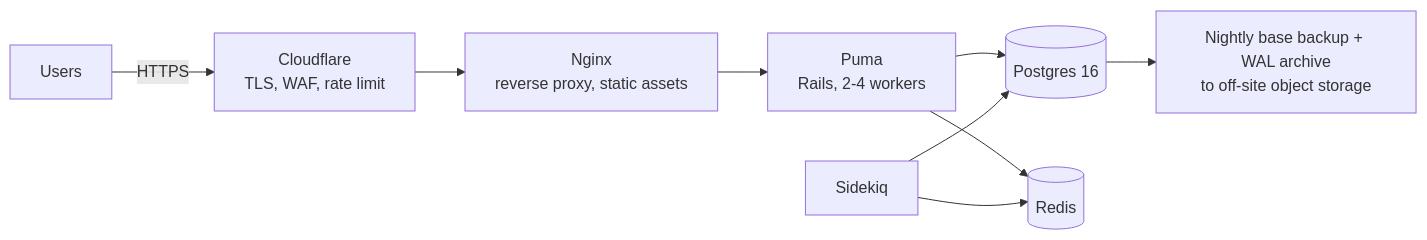
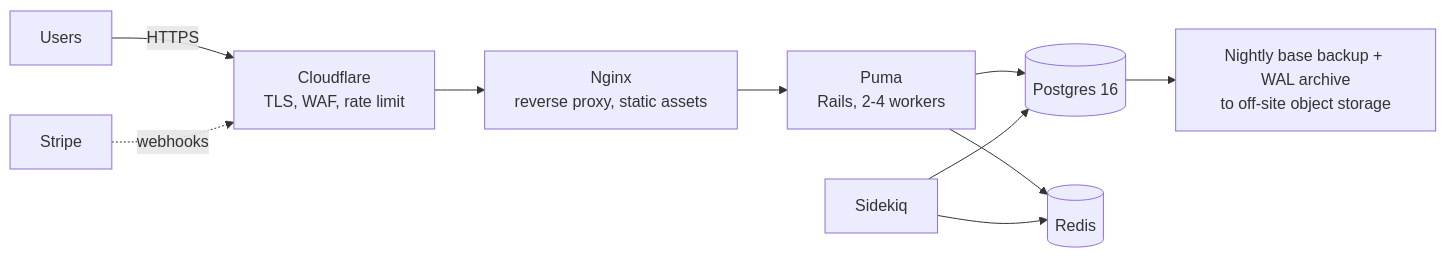
Before and after one commit to Zogoo/salon_crm: the second of 2 diagrams in docs/04-system-architecture.md, drawn with Mermaid. The commit also changed other lines of this file and 8 other files, not shown here.

````diff
--- a/docs/04-system-architecture.md
+++ b/docs/04-system-architecture.md
@@ -356,11 +584,12 @@
 ```mermaid
 graph LR
     U[Users] -->|HTTPS| CF[Cloudflare<br/>TLS, WAF, rate limit]
     CF --> NX[Nginx<br/>reverse proxy, static assets]
     NX --> PUMA[Puma<br/>Rails, 2-4 workers]
     PUMA --> PG[(Postgres 16)]
     PUMA --> RD[(Redis)]
     SK[Sidekiq] --> PG
     SK --> RD
+    ST[Stripe] -.webhooks.-> CF
     PG --> BK[Nightly base backup + WAL archive<br/>to off-site object storage]
 ```
````
